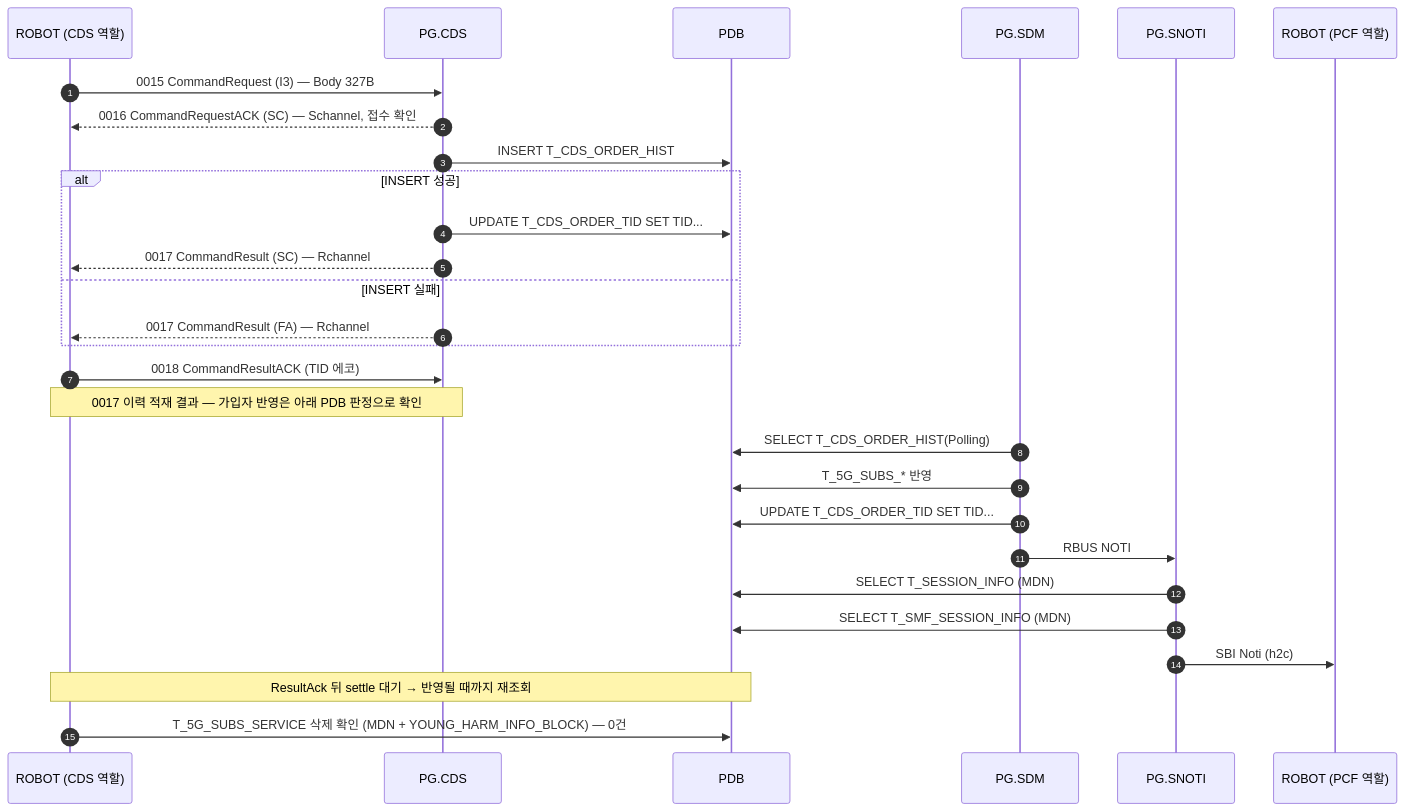
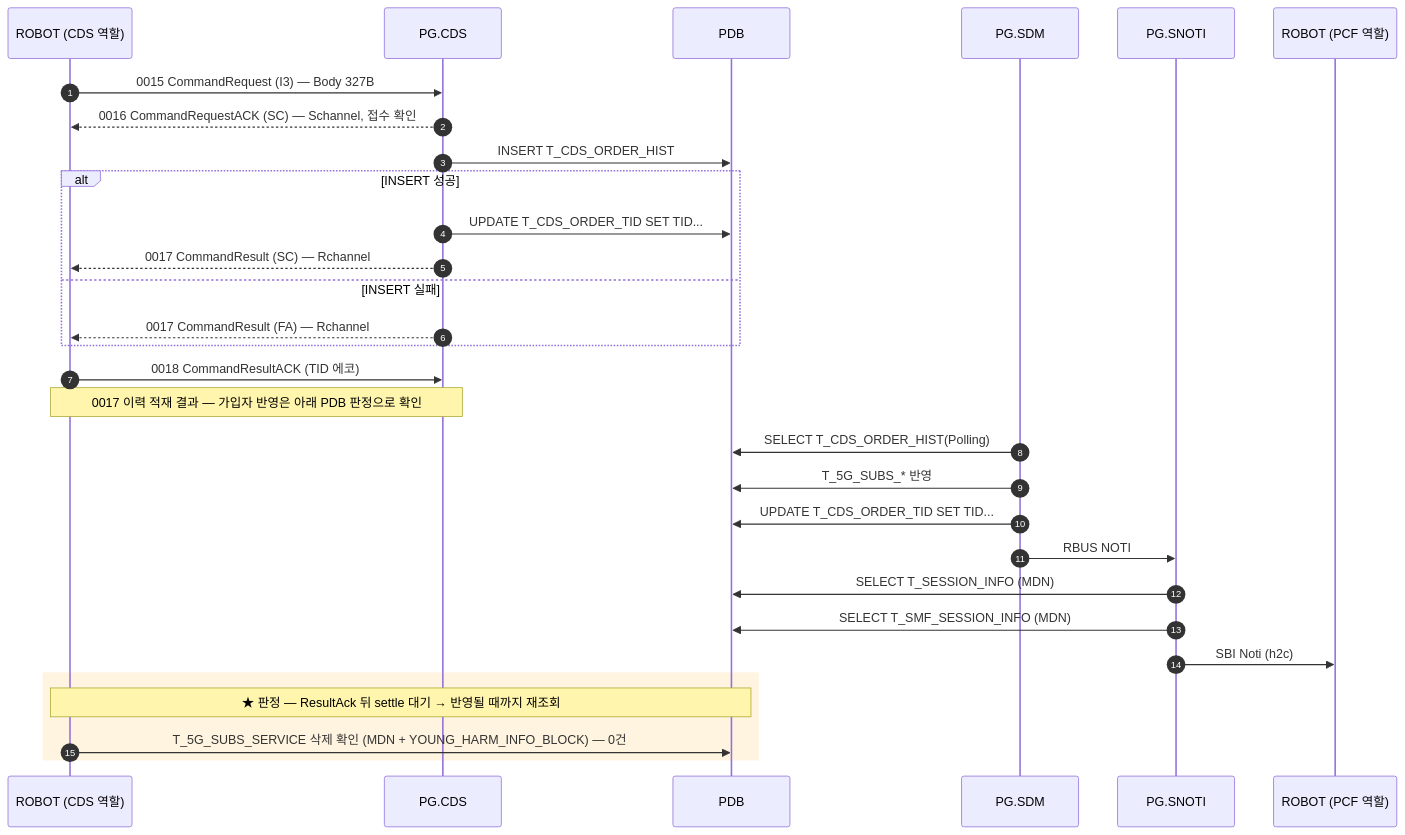
The diagram in docs/callflow/CDS_I3.md (IanKim2030/tc4robot), drawn with Mermaid before and after one commit. The commit also changed 19 other files, not shown here.

````diff
--- a/docs/callflow/CDS_I3.md
+++ b/docs/callflow/CDS_I3.md
@@ -15,32 +15,34 @@
 ```mermaid
 sequenceDiagram
     autonumber
     participant TOOL as ROBOT (CDS 역할)
     participant PCDS as PG.CDS
     participant PDB as PDB
     participant SDM as PG.SDM
     participant SNOTI as PG.SNOTI
     participant PCF as ROBOT (PCF 역할)
 
     TOOL->>PCDS: 0015 CommandRequest (I3) — Body 327B
     PCDS-->>TOOL: 0016 CommandRequestACK (SC) — Schannel, 접수 확인
     PCDS->>PDB: INSERT T_CDS_ORDER_HIST
     alt INSERT 성공
         PCDS->>PDB: UPDATE T_CDS_ORDER_TID SET TID...
         PCDS-->>TOOL: 0017 CommandResult (SC) — Rchannel
     else INSERT 실패
         PCDS-->>TOOL: 0017 CommandResult (FA) — Rchannel
     end
     TOOL->>PCDS: 0018 CommandResultACK (TID 에코)
     Note over TOOL,PCDS: 0017 이력 적재 결과 — 가입자 반영은 아래 PDB 판정으로 확인
 
     SDM->>PDB: SELECT T_CDS_ORDER_HIST(Polling)
     SDM->>PDB: T_5G_SUBS_* 반영
     SDM->>PDB: UPDATE T_CDS_ORDER_TID SET TID...
     SDM->>SNOTI: RBUS NOTI
     SNOTI->>PDB: SELECT T_SESSION_INFO (MDN)
     SNOTI->>PDB: SELECT T_SMF_SESSION_INFO (MDN)
     SNOTI->>PCF: SBI Noti (h2c)
-    Note over TOOL,PDB: ResultAck 뒤 settle 대기 → 반영될 때까지 재조회
-    TOOL->>PDB: T_5G_SUBS_SERVICE 삭제 확인 (MDN + YOUNG_HARM_INFO_BLOCK) — 0건
+    rect rgba(255, 176, 32, 0.14)
+    Note over TOOL,PDB: ★ 판정 — ResultAck 뒤 settle 대기 → 반영될 때까지 재조회
+        TOOL->>PDB: T_5G_SUBS_SERVICE 삭제 확인 (MDN + YOUNG_HARM_INFO_BLOCK) — 0건
+    end
 ```
````
